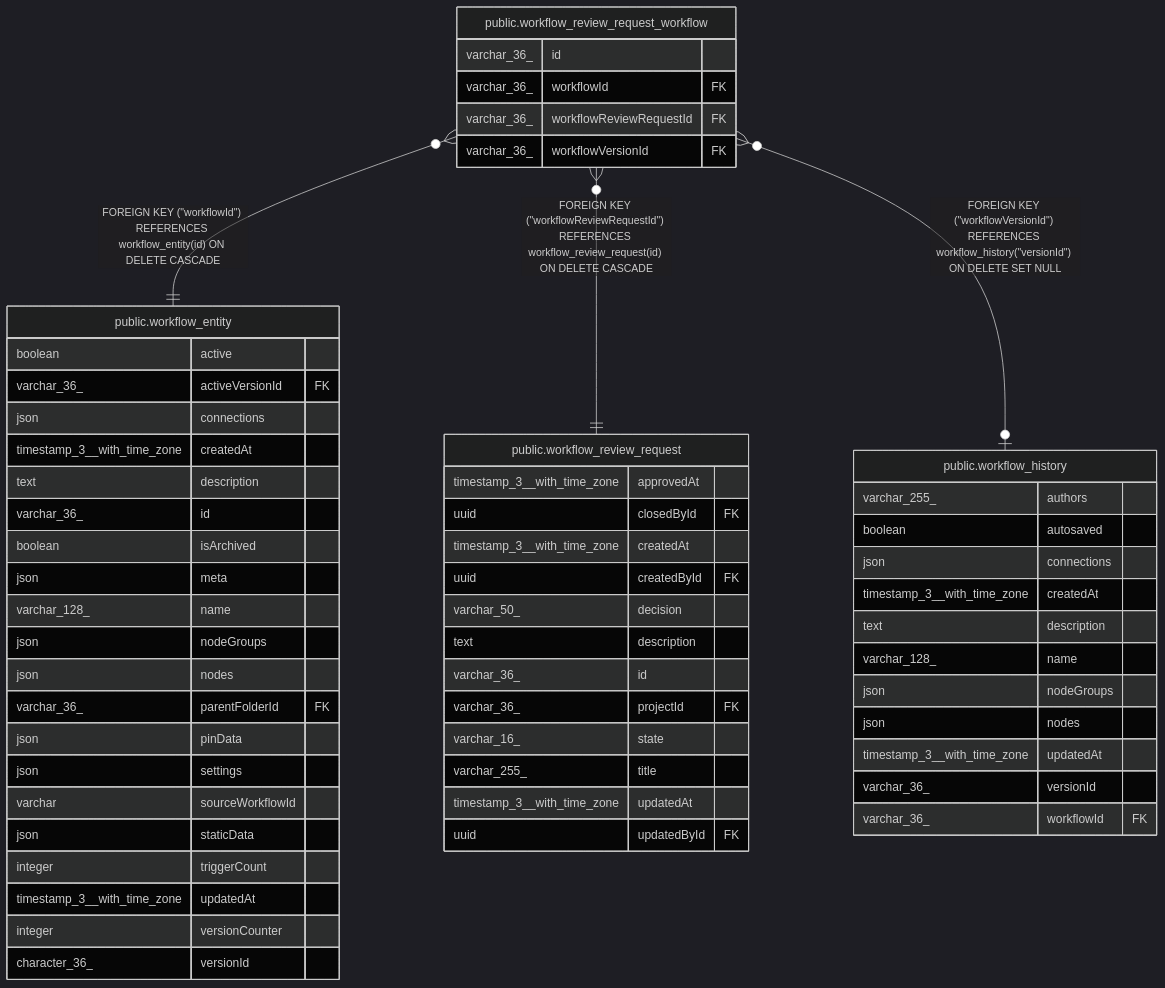
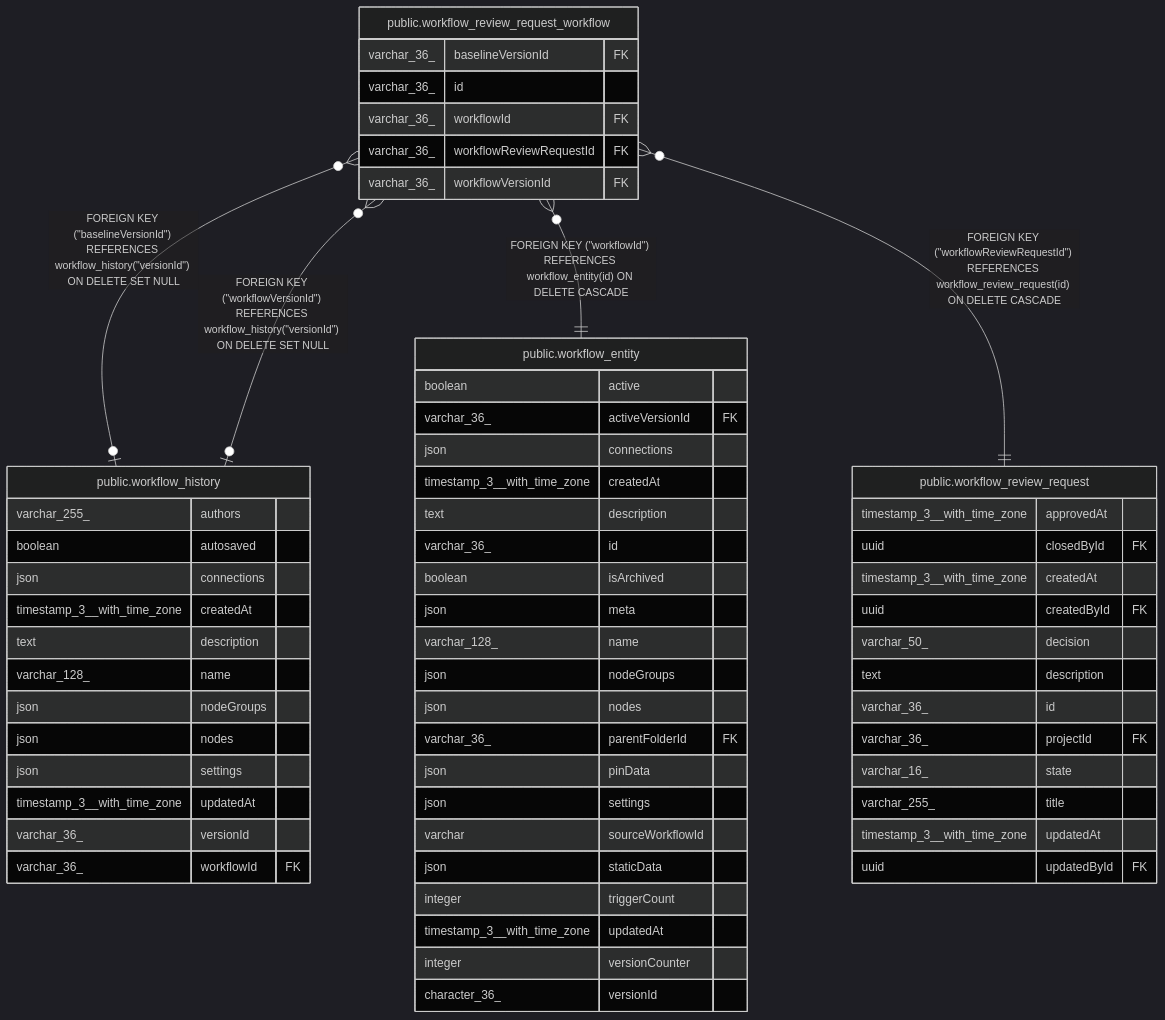
The diagram in n8n_integration/n8n_source/docs/generated/postgres-schema/public.workflow_review_request_workflow.md (koreatest12/studys), drawn with Mermaid (dark theme) before and after one commit. The commit also changed other lines of this file and 23019 other files, not shown here.

````diff
--- a/n8n_integration/n8n_source/docs/generated/postgres-schema/public.workflow_review_request_workflow.md
+++ b/n8n_integration/n8n_source/docs/generated/postgres-schema/public.workflow_review_request_workflow.md
@@ -34,63 +36,66 @@
 ```mermaid
 erDiagram
 
+"public.workflow_review_request_workflow" }o--o| "public.workflow_history" : "FOREIGN KEY (#quot;baselineVersionId#quot;) REFERENCES workflow_history(#quot;versionId#quot;) ON DELETE SET NULL"
 "public.workflow_review_request_workflow" }o--|| "public.workflow_entity" : "FOREIGN KEY (#quot;workflowId#quot;) REFERENCES workflow_entity(id) ON DELETE CASCADE"
 "public.workflow_review_request_workflow" }o--|| "public.workflow_review_request" : "FOREIGN KEY (#quot;workflowReviewRequestId#quot;) REFERENCES workflow_review_request(id) ON DELETE CASCADE"
 "public.workflow_review_request_workflow" }o--o| "public.workflow_history" : "FOREIGN KEY (#quot;workflowVersionId#quot;) REFERENCES workflow_history(#quot;versionId#quot;) ON DELETE SET NULL"
 
 "public.workflow_review_request_workflow" {
+  varchar_36_ baselineVersionId FK
   varchar_36_ id
   varchar_36_ workflowId FK
   varchar_36_ workflowReviewRequestId FK
   varchar_36_ workflowVersionId FK
+}
+"public.workflow_history" {
+  varchar_255_ authors
+  boolean autosaved
+  json connections
+  timestamp_3__with_time_zone createdAt
+  text description
+  varchar_128_ name
+  json nodeGroups
+  json nodes
+  json settings
+  timestamp_3__with_time_zone updatedAt
+  varchar_36_ versionId
+  varchar_36_ workflowId FK
 }
 "public.workflow_entity" {
   boolean active
   varchar_36_ activeVersionId FK
   json connections
   timestamp_3__with_time_zone createdAt
   text description
   varchar_36_ id
   boolean isArchived
   json meta
   varchar_128_ name
   json nodeGroups
   json nodes
   varchar_36_ parentFolderId FK
   json pinData
   json settings
   varchar sourceWorkflowId
   json staticData
   integer triggerCount
   timestamp_3__with_time_zone updatedAt
   integer versionCounter
   character_36_ versionId
 }
 "public.workflow_review_request" {
   timestamp_3__with_time_zone approvedAt
   uuid closedById FK
   timestamp_3__with_time_zone createdAt
   uuid createdById FK
   varchar_50_ decision
   text description
   varchar_36_ id
   varchar_36_ projectId FK
   varchar_16_ state
   varchar_255_ title
   timestamp_3__with_time_zone updatedAt
   uuid updatedById FK
 }
-"public.workflow_history" {
-  varchar_255_ authors
-  boolean autosaved
-  json connections
-  timestamp_3__with_time_zone createdAt
-  text description
-  varchar_128_ name
-  json nodeGroups
-  json nodes
-  timestamp_3__with_time_zone updatedAt
-  varchar_36_ versionId
-  varchar_36_ workflowId FK
-}
 ```
````
